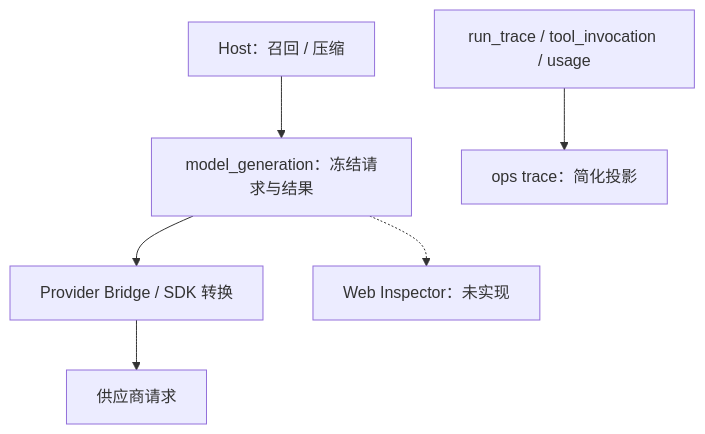
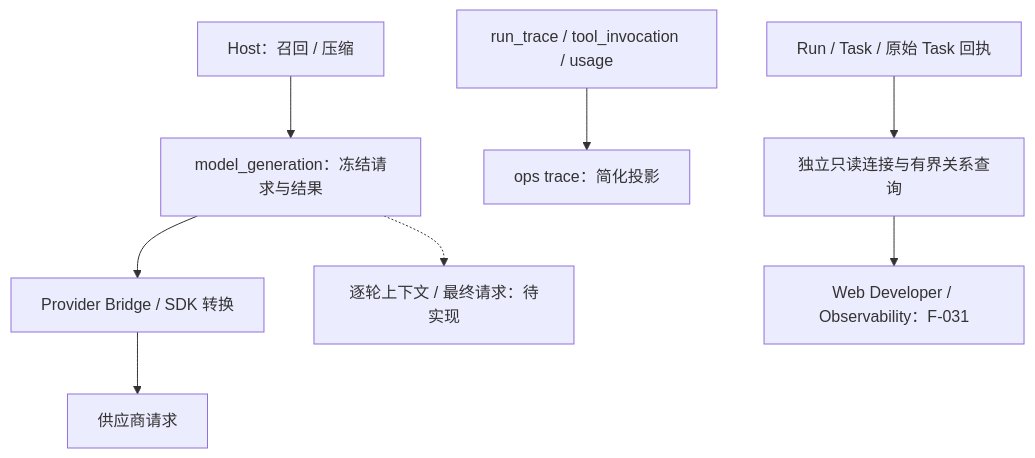
Before and after one commit to z-chenhao/assistant: the first of 2 diagrams in docs/designs/observability.md, drawn with Mermaid. The commit also changed other lines of this file and 29 other files, not shown here.

````diff
--- a/docs/designs/observability.md
+++ b/docs/designs/observability.md
@@ -11,8 +11,10 @@
 ```mermaid
 flowchart TD
     H["Host：召回 / 压缩"] --> G["model_generation：冻结请求与结果"]
     G --> B["Provider Bridge / SDK 转换"]
     B --> P["供应商请求"]
     T["run_trace / tool_invocation / usage"] --> O["ops trace：简化投影"]
-    G -.-> X["Web Inspector：未实现"]
+    R["Run / Task / 原始 Task 回执"] --> Q["独立只读连接与有界关系查询"]
+    Q --> X["Web Developer / Observability：F-031"]
+    G -.-> F["逐轮上下文 / 最终请求：待实现"]
 ```
````
